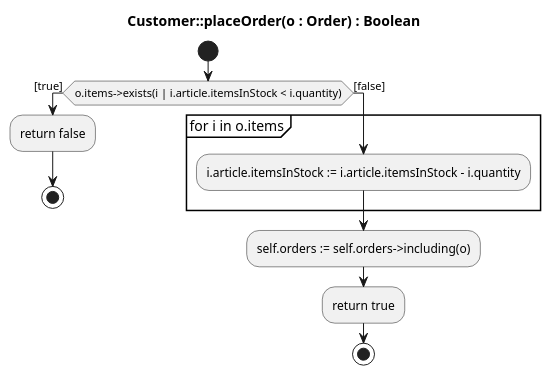
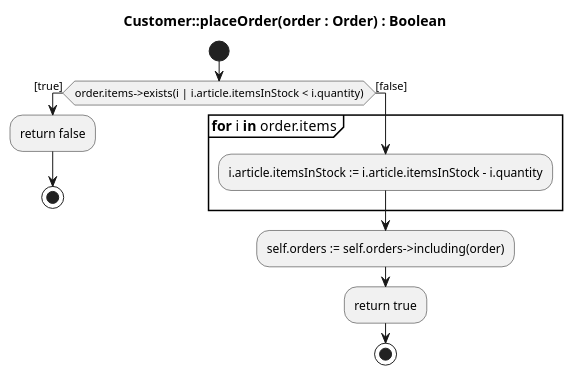
Before and after one commit to scx-othr/MoProCo-evaluation: the diagram in shop/classical-uml/place-order.puml, drawn with PlantUML. The commit also changed 13 other files, not shown here.

```diff
--- a/shop/classical-uml/place-order.puml
+++ b/shop/classical-uml/place-order.puml
@@ -1,17 +1,16 @@
 @startuml
-title Customer::placeOrder(o : Order) : Boolean
+title Customer::placeOrder(order : Order) : Boolean
 
 start
-if (o.items->exists(i | i.article.itemsInStock < i.quantity)) then ([true])
+if (order.items->exists(i | i.article.itemsInStock < i.quantity)) then ([true])
   :return false;
   stop
 else ([false])
-    group for i in o.items
-    :i.article.itemsInStock := i.article.itemsInStock - i.quantity;
-    end group
-
-    :self.orders := self.orders->including(o);
+    partition "**for** i **in** order.items" {
+      :i.article.itemsInStock := i.article.itemsInStock - i.quantity;
+    }
+    :self.orders := self.orders->including(order);
     :return true;
     stop
 endif
 @enduml
```
